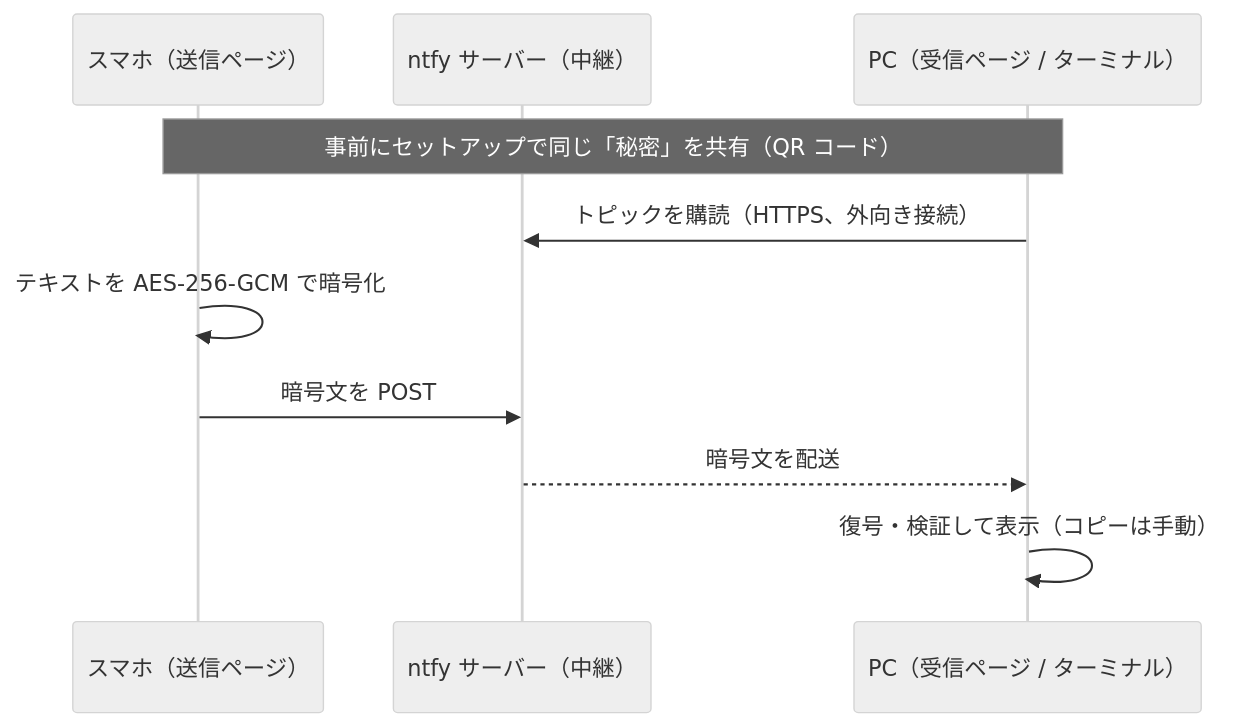
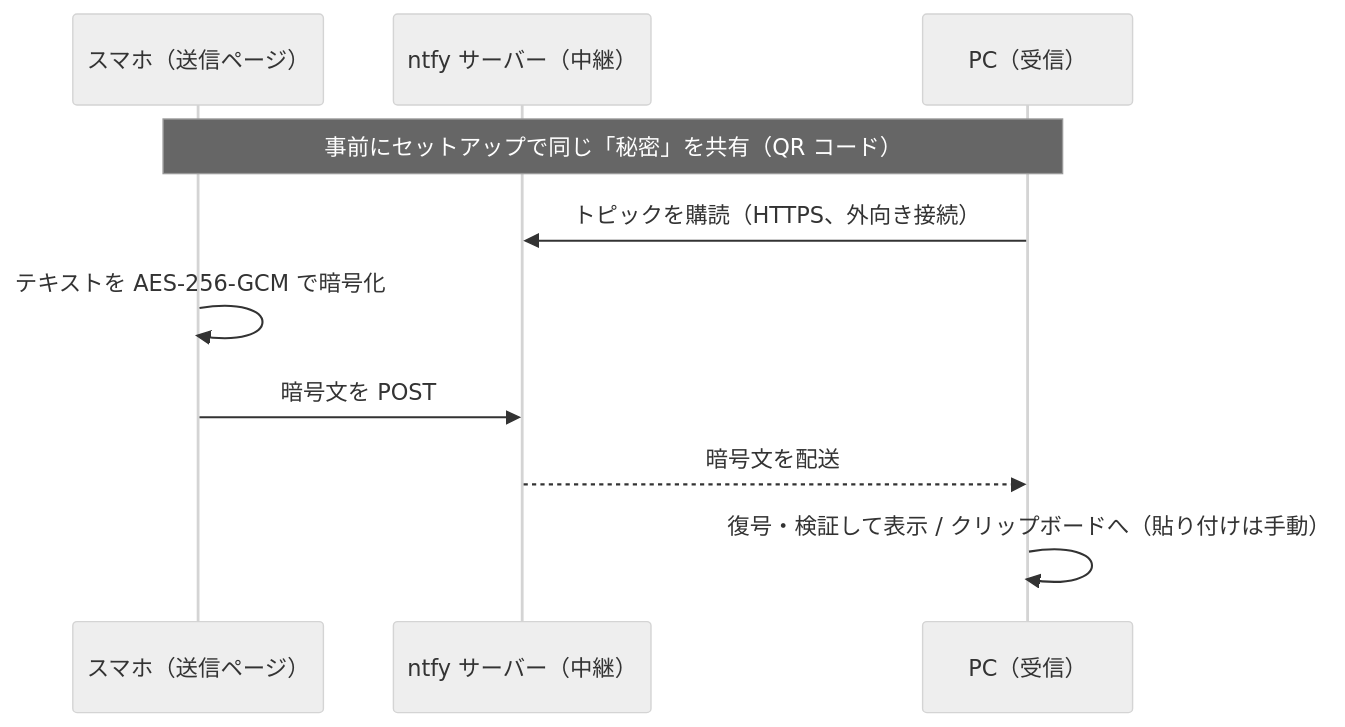
One commit to takaho9/voice-relay changed the diagram in README.md. Above: the diagram before and after it, drawn with Mermaid (neutral theme). The commit also changed other lines of this file and 5 other files, not shown here.

````diff
--- a/README.md
+++ b/README.md
@@ -18,12 +130,12 @@
 ```mermaid
 sequenceDiagram
     participant P as スマホ（送信ページ）
     participant N as ntfy サーバー（中継）
-    participant R as PC（受信ページ / ターミナル）
+    participant R as PC（受信）
     Note over P,R: 事前にセットアップで同じ「秘密」を共有（QR コード）
     R->>N: トピックを購読（HTTPS、外向き接続）
     P->>P: テキストを AES-256-GCM で暗号化
     P->>N: 暗号文を POST
     N-->>R: 暗号文を配送
-    R->>R: 復号・検証して表示（コピーは手動）
+    R->>R: 復号・検証して表示 / クリップボードへ（貼り付けは手動）
 ```
````
